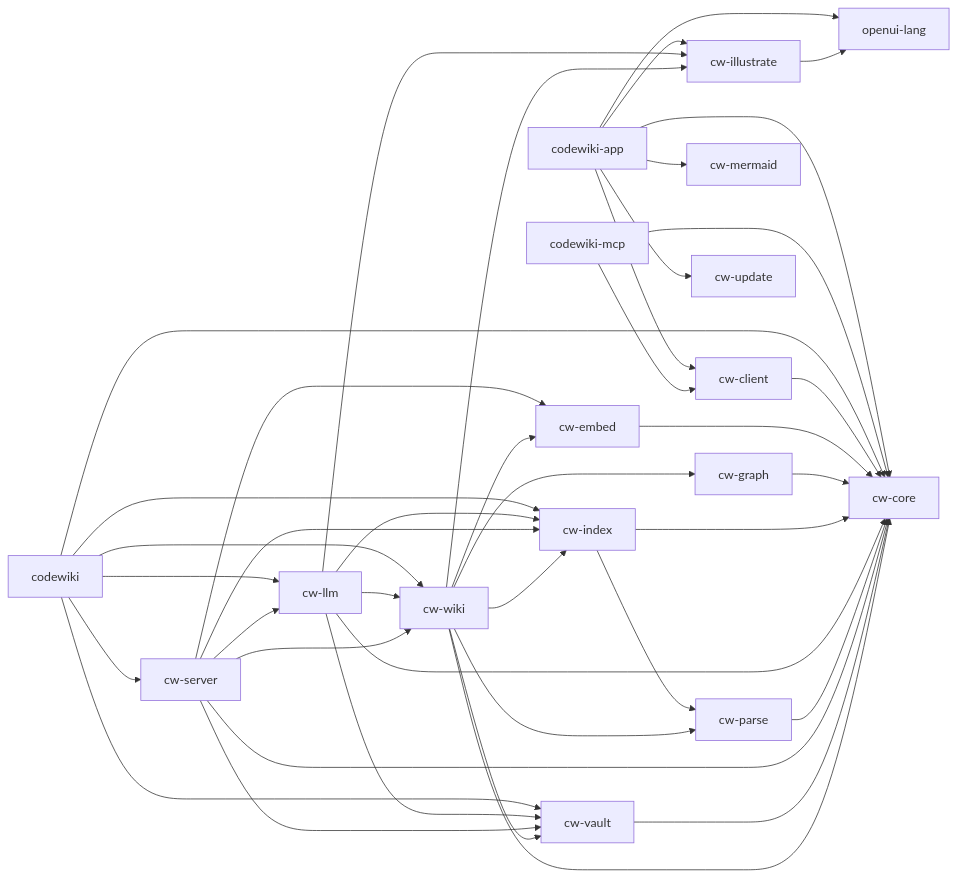
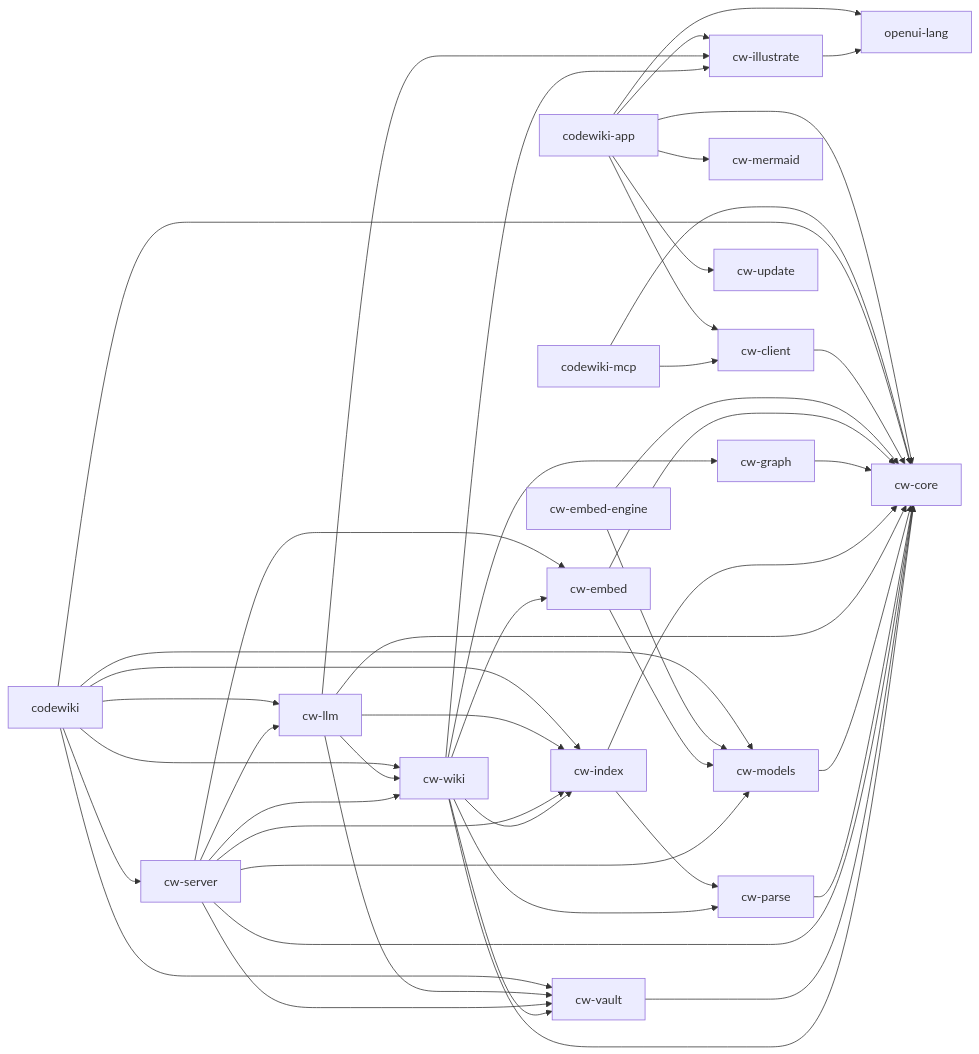
Before and after one commit to Fly-onlyone/CodeWiki: the diagram in obsidian/00-Architecture/Crate Dependency Flow.md, drawn with Mermaid. The commit also changed other lines of this file and 160 other files, not shown here.

````diff
--- a/obsidian/00-Architecture/Crate Dependency Flow.md
+++ b/obsidian/00-Architecture/Crate Dependency Flow.md
@@ -31,60 +33,68 @@
 ```mermaid
 flowchart LR
     n0[codewiki-app]
     n1[codewiki-mcp]
     n2[codewiki]
     n3[cw-client]
     n4[cw-core]
-    n5[cw-embed]
-    n6[cw-graph]
-    n7[cw-illustrate]
-    n8[cw-index]
-    n9[cw-llm]
-    n10[cw-mermaid]
-    n11[cw-parse]
-    n12[cw-server]
-    n13[cw-update]
-    n14[cw-vault]
-    n15[cw-wiki]
-    n16[openui-lang]
+    n5[cw-embed-engine]
+    n6[cw-embed]
+    n7[cw-graph]
+    n8[cw-illustrate]
+    n9[cw-index]
+    n10[cw-llm]
+    n11[cw-mermaid]
+    n12[cw-models]
+    n13[cw-parse]
+    n14[cw-server]
+    n15[cw-update]
+    n16[cw-vault]
+    n17[cw-wiki]
+    n18[openui-lang]
     n0 --> n3
     n0 --> n4
-    n0 --> n7
-    n0 --> n10
-    n0 --> n13
-    n0 --> n16
+    n0 --> n8
+    n0 --> n11
+    n0 --> n15
+    n0 --> n18
     n1 --> n3
     n1 --> n4
     n2 --> n4
-    n2 --> n8
     n2 --> n9
+    n2 --> n10
     n2 --> n12
     n2 --> n14
-    n2 --> n15
+    n2 --> n16
+    n2 --> n17
     n3 --> n4
     n5 --> n4
+    n5 --> n12
     n6 --> n4
-    n7 --> n16
-    n8 --> n4
-    n8 --> n11
+    n6 --> n12
+    n7 --> n4
+    n8 --> n18
     n9 --> n4
-    n9 --> n7
-    n9 --> n8
-    n9 --> n14
-    n9 --> n15
-    n11 --> n4
+    n9 --> n13
+    n10 --> n4
+    n10 --> n8
+    n10 --> n9
+    n10 --> n16
+    n10 --> n17
     n12 --> n4
-    n12 --> n5
-    n12 --> n8
-    n12 --> n9
-    n12 --> n14
-    n12 --> n15
+    n13 --> n4
     n14 --> n4
-    n15 --> n4
-    n15 --> n5
-    n15 --> n6
-    n15 --> n7
-    n15 --> n8
-    n15 --> n11
-    n15 --> n14
+    n14 --> n6
+    n14 --> n9
+    n14 --> n10
+    n14 --> n12
+    n14 --> n16
+    n14 --> n17
+    n16 --> n4
+    n17 --> n4
+    n17 --> n6
+    n17 --> n7
+    n17 --> n8
+    n17 --> n9
+    n17 --> n13
+    n17 --> n16
 ```
````
